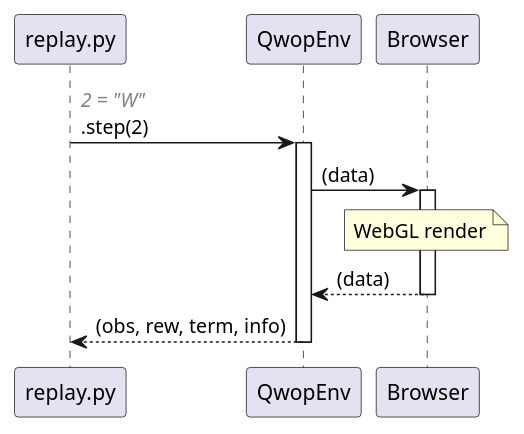
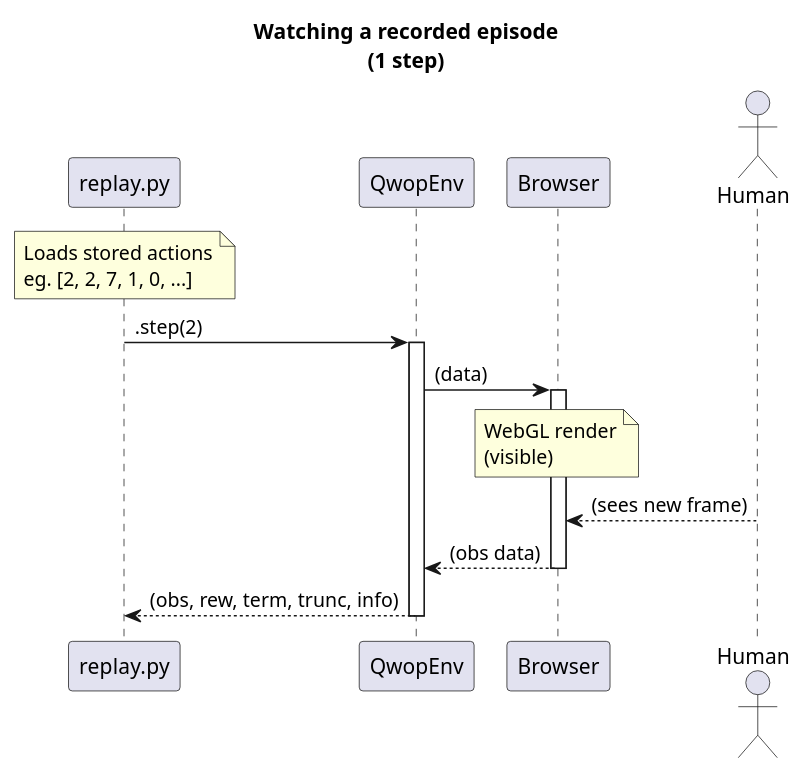
Before and after one commit to smanolloff/qwop-gym: the diagram in doc/replay.puml, drawn with PlantUML. The commit also changed 23 other files, not shown here.

```diff
--- a/doc/replay.puml
+++ b/doc/replay.puml
@@ -1,15 +1,20 @@
 @startuml "replay"
+
+title Watching a recorded episode\n(1 step)
 
 autoactivate on
 
 participant replay.py as script
 participant QwopEnv as env
 participant Browser as browser
+actor Human as human
 
-script -> env: <font color="gray"><i>2 = "W"</i></font>\n.step(2)
+note over script: Loads stored actions\neg. [2, 2, 7, 1, 0, ...]
+script -> env: .step(2)
 env -> browser: (data)
-note over browser: WebGL render
-browser --> env: (data)
-env --> script: (obs, rew, term, info)
+note over browser: WebGL render\n(visible)
+human --> browser: (sees new frame)
+browser --> env: (obs data)
+env --> script: (obs, rew, term, trunc, info)
 
 @enduml
```
